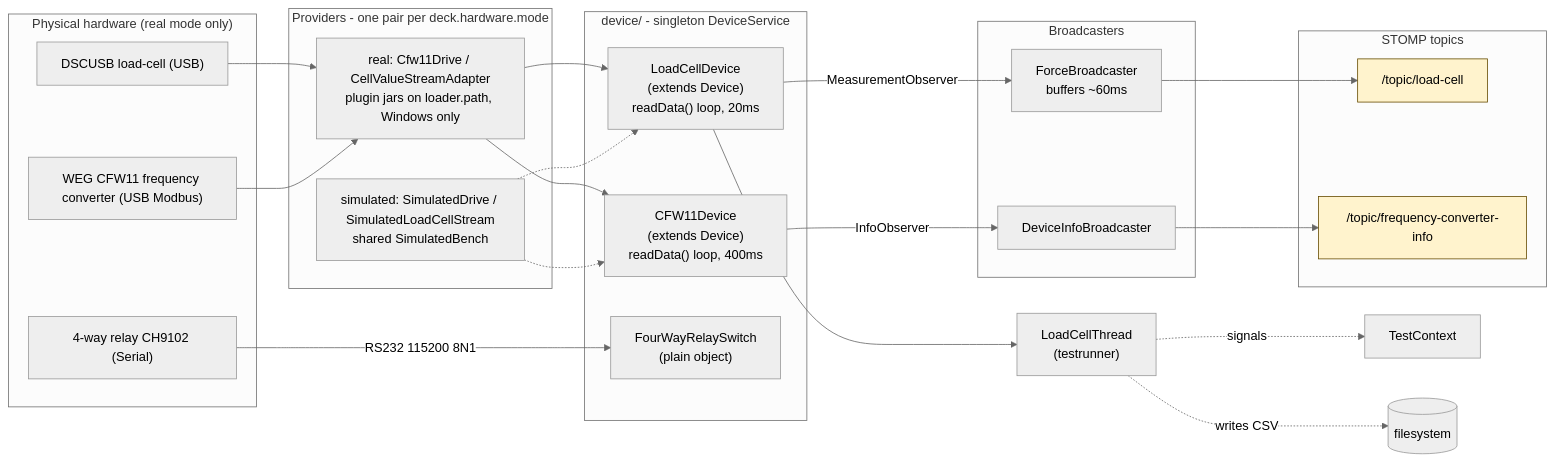
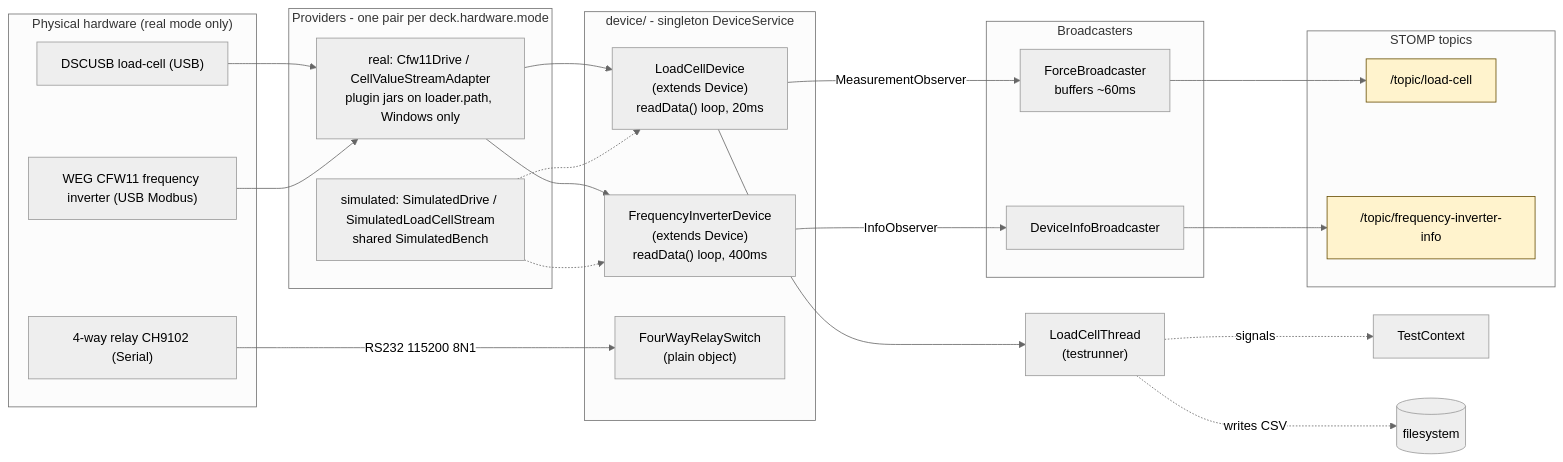
The diagram in doc/03-backend/hardware-integration.md (rupfizupfi/breaktest-command-deck), drawn with Mermaid (neutral theme) before and after one commit. The commit also changed other lines of this file and 29 other files, not shown here.

````diff
--- a/doc/03-backend/hardware-integration.md
+++ b/doc/03-backend/hardware-integration.md
@@ -29,46 +29,46 @@
 ```mermaid
 flowchart LR
     subgraph Hardware["Physical hardware (real mode only)"]
         DSC["DSCUSB load-cell (USB)"]
-        CFW["WEG CFW11 frequency converter (USB Modbus)"]
+        CFW["WEG CFW11 frequency inverter (USB Modbus)"]
         REL["4-way relay CH9102 (Serial)"]
     end
 
     subgraph Providers["Providers - one pair per deck.hardware.mode"]
         VEND["real: Cfw11Drive / CellValueStreamAdapter<br/>plugin jars on loader.path, Windows only"]
         SIM["simulated: SimulatedDrive / SimulatedLoadCellStream<br/>shared SimulatedBench"]
     end
 
     subgraph DeviceLayer["device/ - singleton DeviceService"]
         LCD["LoadCellDevice<br/>(extends Device)<br/>readData() loop, 20ms"]
-        CFD["CFW11Device<br/>(extends Device)<br/>readData() loop, 400ms"]
+        CFD["FrequencyInverterDevice<br/>(extends Device)<br/>readData() loop, 400ms"]
         FRS["FourWayRelaySwitch<br/>(plain object)"]
     end
 
     subgraph Broadcasters
         FB["ForceBroadcaster<br/>buffers ~60ms"]
         DIB["DeviceInfoBroadcaster"]
     end
 
     subgraph Topics["STOMP topics"]
         T1["/topic/load-cell"]
-        T2["/topic/frequency-converter-info"]
+        T2["/topic/frequency-inverter-info"]
     end
 
     DSC --> VEND
     CFW --> VEND
     REL -->|"RS232 115200 8N1"| FRS
     VEND --> LCD
     VEND --> CFD
     SIM -.-> LCD
     SIM -.-> CFD
 
     LCD -->|MeasurementObserver| FB --> T1
     CFD -->|InfoObserver| DIB --> T2
     LCD --> LCT["LoadCellThread<br/>(testrunner)"]
     LCT -.->|signals| TC[TestContext]
     LCT -.->|writes CSV| FS[(filesystem)]
 
     classDef topic fill:#fff3cd,stroke:#664d03
     class T1,T2 topic
 ```
````
